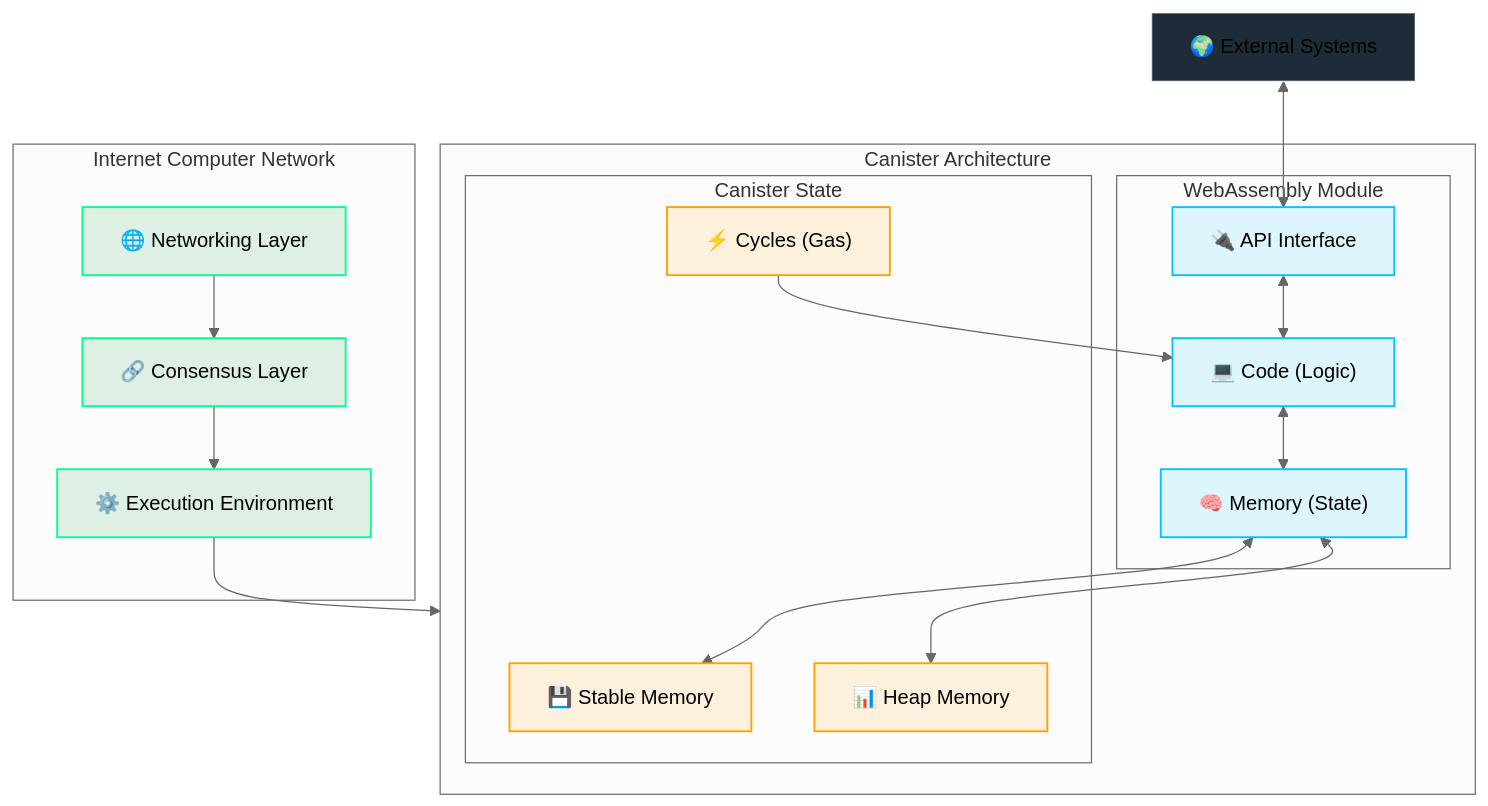
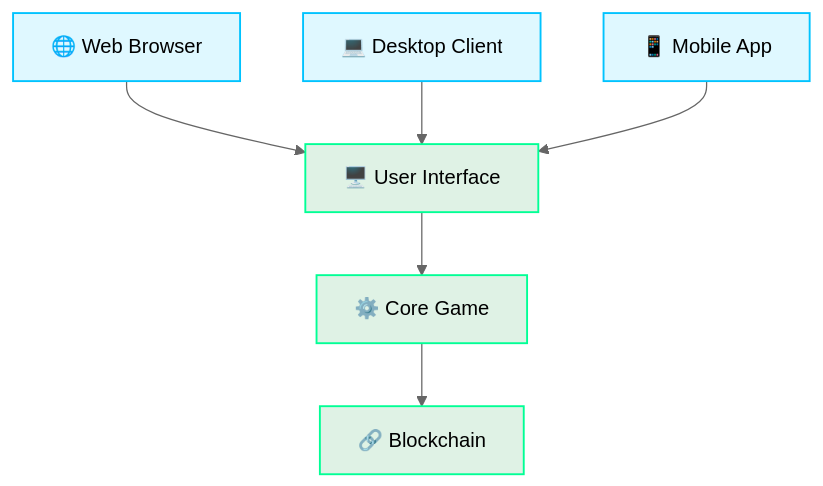
One commit to cosmicrafts/cosmicrafts-dao changed the fifth of 11 diagrams in src/frontend/src/assets/markdown/en/architecture.md. Above: the diagram before and after it, drawn with Mermaid (neutral theme). The commit also changed other lines of this file and 14 other files, not shown here.

````diff
--- a/src/frontend/src/assets/markdown/en/architecture.md
+++ b/src/frontend/src/assets/markdown/en/architecture.md
@@ -510,70 +246,28 @@
 ```mermaid
 flowchart TD
-    %% WebAssembly Module nodes
-    Code["💻 Code (Logic)"]
-    Memory["🧠 Memory (State)"]
-    API["🔌 API Interface"]
+    %% Define nodes with icons
+    Web["🌐 Web Browser"]
+    Desktop["💻 Desktop Client"]
+    Mobile["📱 Mobile App"]
     
-    %% Canister State nodes
-    Stable["💾 Stable Memory"]
-    Heap["📊 Heap Memory"]
-    Cycles["⚡ Cycles (Gas)"]
+    %% Shared components
+    UI["🖥️ User Interface"]
+    Core["⚙️ Core Game"]
+    Blockchain["🔗 Blockchain"]
     
-    %% Internet Computer Network nodes
-    Consensus["🔗 Consensus Layer"]
-    Execution["⚙️ Execution Environment"]
-    Networking["🌐 Networking Layer"]
+    %% Connect platforms to components
+    Web --> UI
+    Desktop --> UI
+    Mobile --> UI
     
-    %% External Systems node
-    External["🌍 External Systems"]
+    UI --> Core
+    Core --> Blockchain
     
-    %% Internal Canister Connections
-    Code <--> Memory
-    API <--> Code
-    Memory <--> Stable
-    Memory <--> Heap
-    Cycles --> Code
+    %% Styling
+    classDef platform fill:#00c3ff20,stroke:#00c3ff,stroke-width:1.5px
+    classDef component fill:#00993320,stroke:#00ff95,stroke-width:1.5px
     
-    %% Network connections
-    Networking --> Consensus
-    Consensus --> Execution
-    
-    %% External connections
-    External <--> API
-    
-    %% Subgraph definitions
-    subgraph CanisterStructure["Canister Architecture"]
-        subgraph WasmModule["WebAssembly Module"]
-            Code
-            Memory
-            API
-        end
-        
-        subgraph CanisterState["Canister State"]
-            Stable
-            Heap
-            Cycles
-        end
-    end
-    
-    subgraph IC["Internet Computer Network"]
-        Networking
-        Consensus
-        Execution
-    end
-    
-    %% Connect the major components
-    Execution --> CanisterStructure
-    
-    %% Styling classes for visual distinction
-    classDef module fill:#00c3ff20,stroke:#00c3ff,stroke-width:1.5px
-    classDef state fill:#ffa20020,stroke:#ffa200,stroke-width:1.5px
-    classDef ic fill:#00993320,stroke:#00ff95,stroke-width:1.5px
-    classDef external fill:#1e2b38,stroke:#ffffff4d,stroke-width:1.5px
-    
-    %% Apply styles to nodes
-    class Code,Memory,API module
-    class Stable,Heap,Cycles state
-    class Networking,Consensus,Execution ic
-    class External external
+    %% Apply styles
+    class Web,Desktop,Mobile platform
+    class UI,Core,Blockchain component
 ```
````
